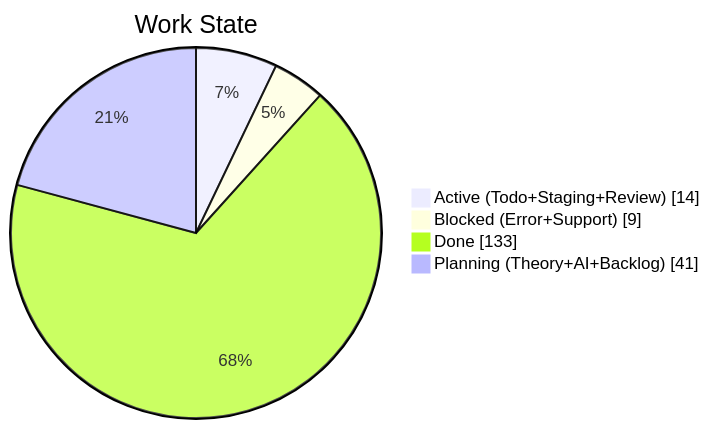
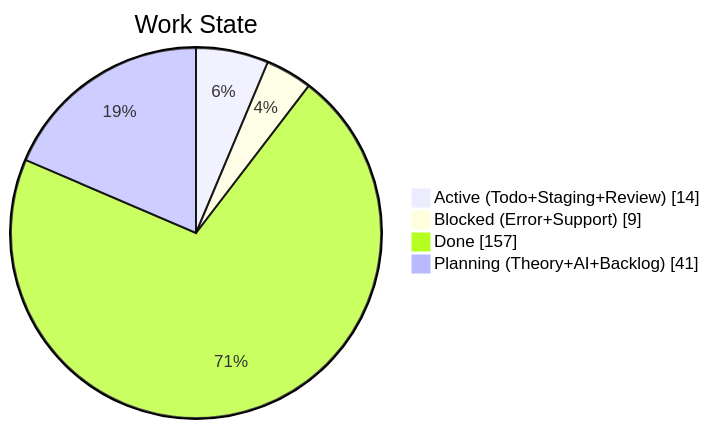
One commit to KBVE/kbve changed the second of 4 diagrams in apps/kbve/astro-kbve/src/content/docs/dashboard/kanban-data.mdx. Above: the diagram before and after it, drawn with Mermaid. The commit also changed other lines of this file and 8 other files, not shown here.

````diff
--- a/apps/kbve/astro-kbve/src/content/docs/dashboard/kanban-data.mdx
+++ b/apps/kbve/astro-kbve/src/content/docs/dashboard/kanban-data.mdx
@@ -68,8 +68,8 @@
 ```mermaid
 pie showData
     title Work State
     "Active (Todo+Staging+Review)" : 14
     "Blocked (Error+Support)" : 9
-    "Done" : 133
+    "Done" : 157
     "Planning (Theory+AI+Backlog)" : 41
 ```
````
